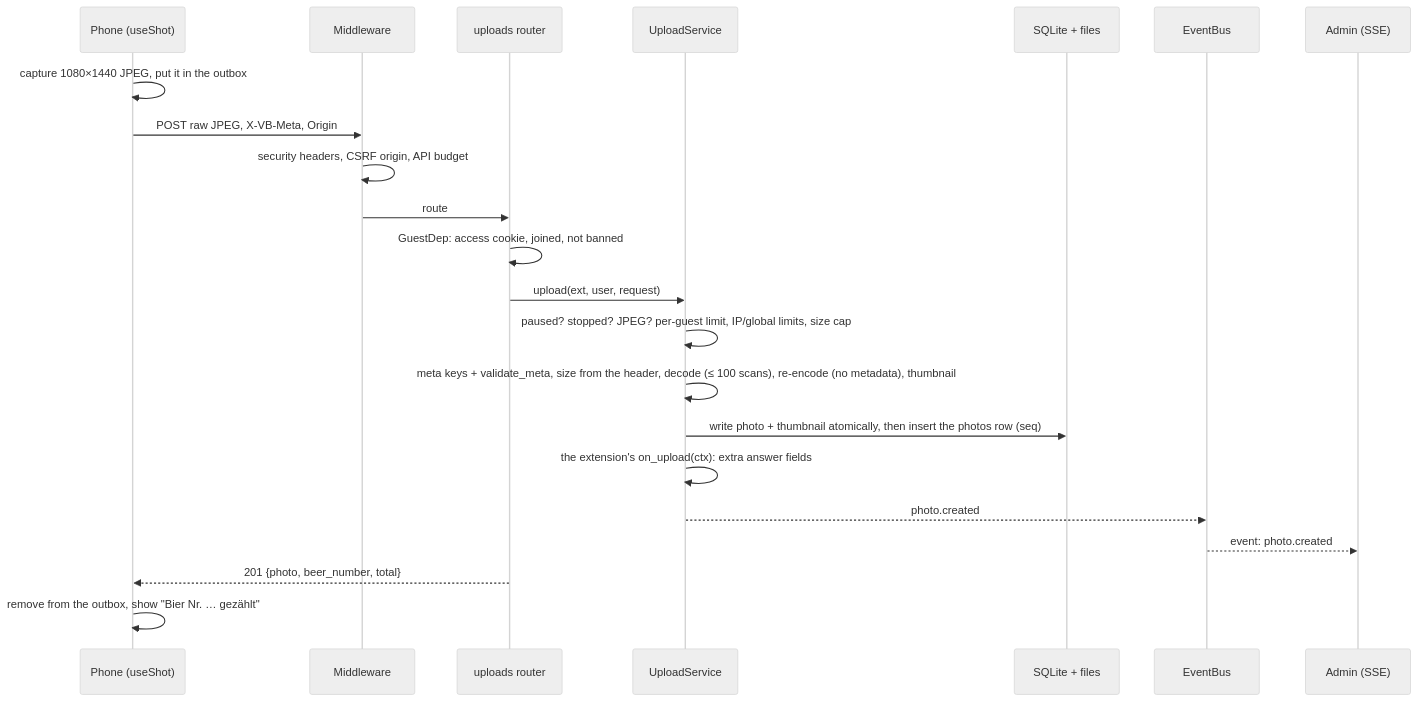
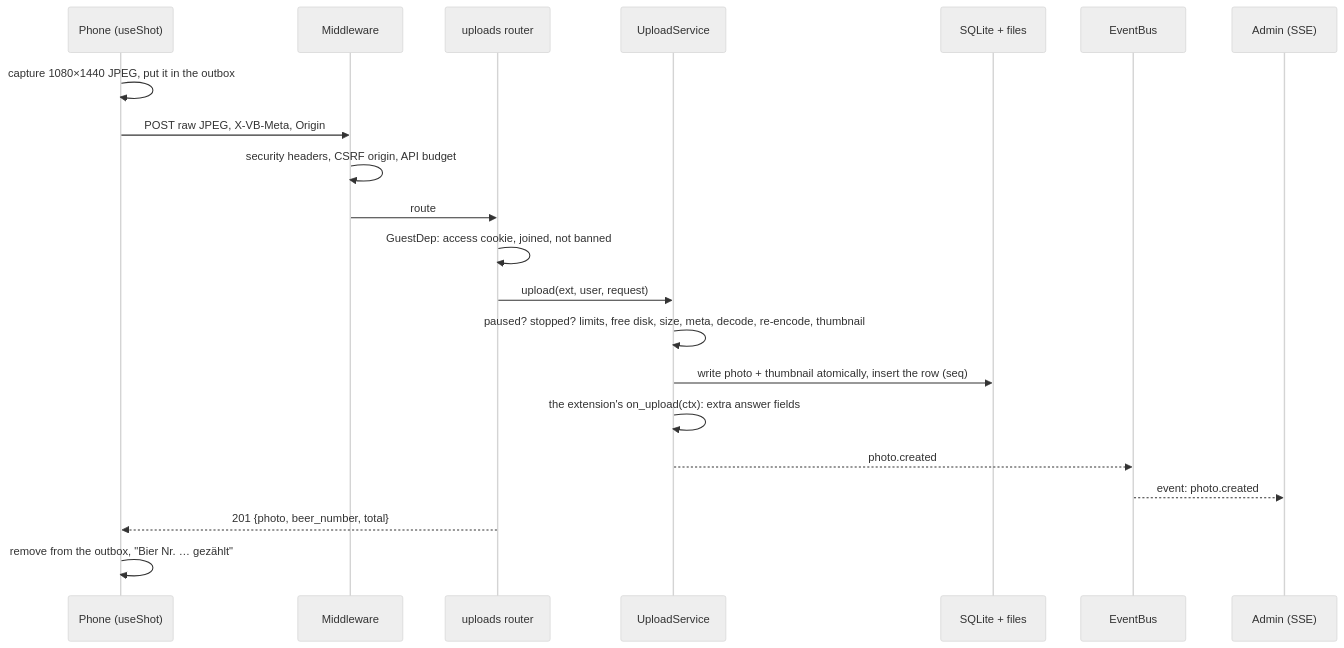
One commit to eneuberg/virtubooth changed the second of 3 diagrams in docs/ARCHITECTURE.md. Above: the diagram before and after it, drawn with Mermaid (neutral theme). The commit also changed other lines of this file and 20 other files, not shown here.

First line of the commit message:
docs: boil down README, FEATURES, ARCHITECTURE, DEPLOY; new screenshots and logo

````diff
--- a/docs/ARCHITECTURE.md
+++ b/docs/ARCHITECTURE.md
@@ -93,24 +93,23 @@
 ```mermaid
 sequenceDiagram
   participant P as Phone (useShot)
   participant M as Middleware
   participant R as uploads router
   participant S as UploadService
   participant DB as SQLite + files
   participant B as EventBus
   participant A as Admin (SSE)
   P->>P: capture 1080×1440 JPEG, put it in the outbox
   P->>M: POST raw JPEG, X-VB-Meta, Origin
   M->>M: security headers, CSRF origin, API budget
   M->>R: route
   R->>R: GuestDep: access cookie, joined, not banned
   R->>S: upload(ext, user, request)
-  S->>S: paused? stopped? JPEG? per-guest limit, IP/global limits, size cap
-  S->>S: meta keys + validate_meta, size from the header, decode (≤ 100 scans), re-encode (no metadata), thumbnail
-  S->>DB: write photo + thumbnail atomically, then insert the photos row (seq)
+  S->>S: paused? stopped? limits, free disk, size, meta, decode, re-encode, thumbnail
+  S->>DB: write photo + thumbnail atomically, insert the row (seq)
   S->>S: the extension's on_upload(ctx): extra answer fields
   S-->>B: photo.created
   B-->>A: event: photo.created
   R-->>P: 201 {photo, beer_number, total}
-  P->>P: remove from the outbox, show "Bier Nr. … gezählt"
+  P->>P: remove from the outbox, "Bier Nr. … gezählt"
 ```
````
